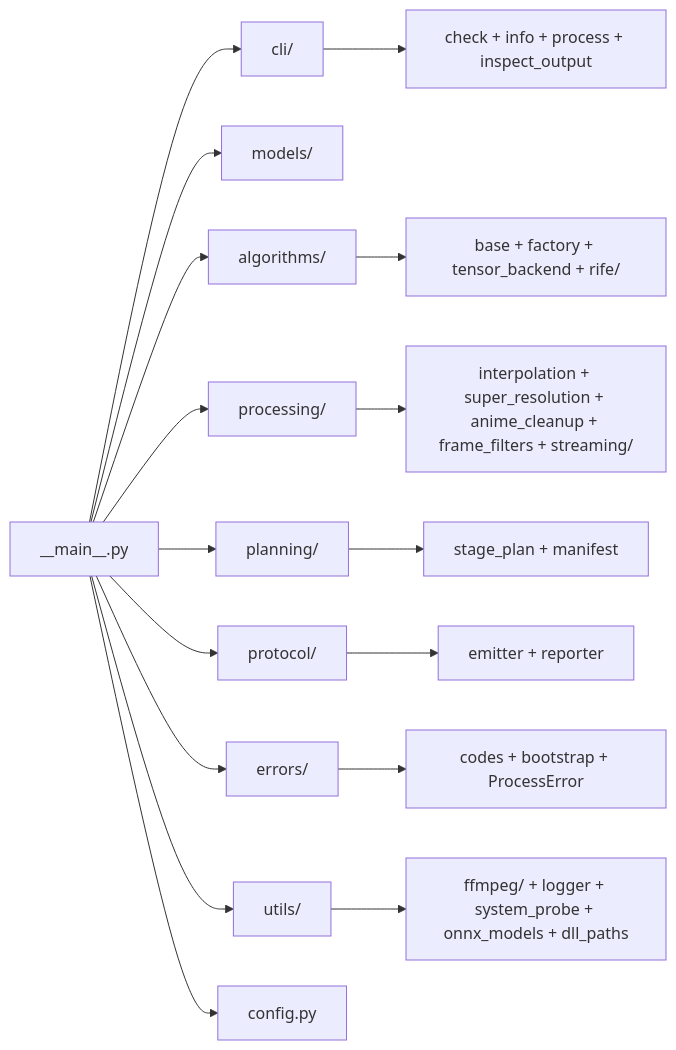
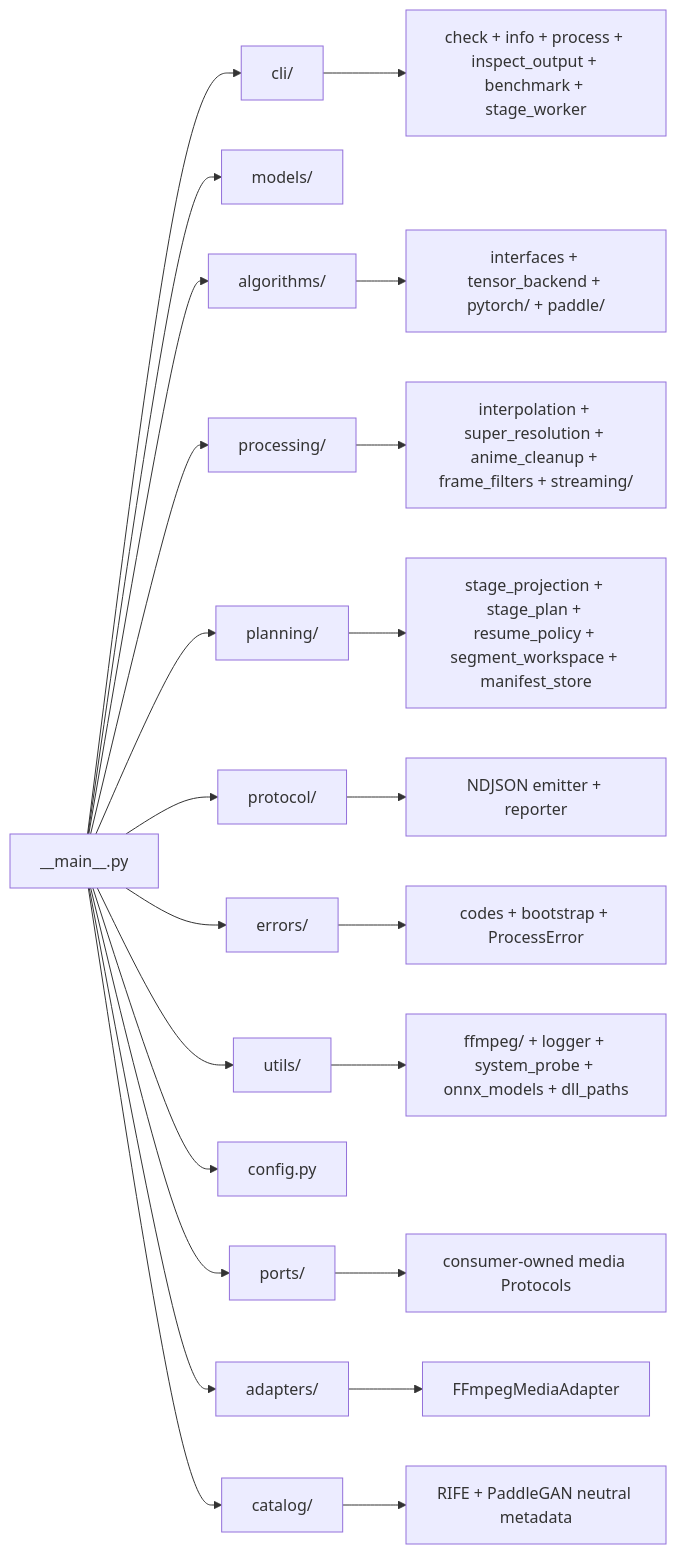
One commit to youge325/vp changed the fourth of 4 diagrams in docs/01-architecture-overview.md. Above: the diagram before and after it, drawn with Mermaid. The commit also changed other lines of this file and 14 other files, not shown here.

````diff
--- a/docs/01-architecture-overview.md
+++ b/docs/01-architecture-overview.md
@@ -185,20 +195,26 @@
 ```mermaid
 graph LR
     A[__main__.py] --> B[cli/]
     A --> C[models/]
     A --> D[algorithms/]
     A --> E[processing/]
     A --> F[planning/]
     A --> G[protocol/]
     A --> H[errors/]
     A --> I[utils/]
     A --> J[config.py]
+    A --> K[ports/]
+    A --> L[adapters/]
+    A --> M[catalog/]
 
-    B --> B1[check + info + process + inspect_output]
-    D --> D1[base + factory + tensor_backend + rife/]
+    B --> B1[check + info + process + inspect_output + benchmark + stage_worker]
+    D --> D1[interfaces + tensor_backend + pytorch/ + paddle/]
     E --> E1[interpolation + super_resolution + anime_cleanup + frame_filters + streaming/]
-    F --> F1[stage_plan + manifest]
-    G --> G1[emitter + reporter]
+    F --> F1[stage_projection + stage_plan + resume_policy + segment_workspace + manifest_store]
+    G --> G1[NDJSON emitter + reporter]
     H --> H1[codes + bootstrap + ProcessError]
     I --> I1[ffmpeg/ + logger + system_probe + onnx_models + dll_paths]
+    K --> K1[consumer-owned media Protocols]
+    L --> L1[FFmpegMediaAdapter]
+    M --> M1[RIFE + PaddleGAN neutral metadata]
 ```
````
